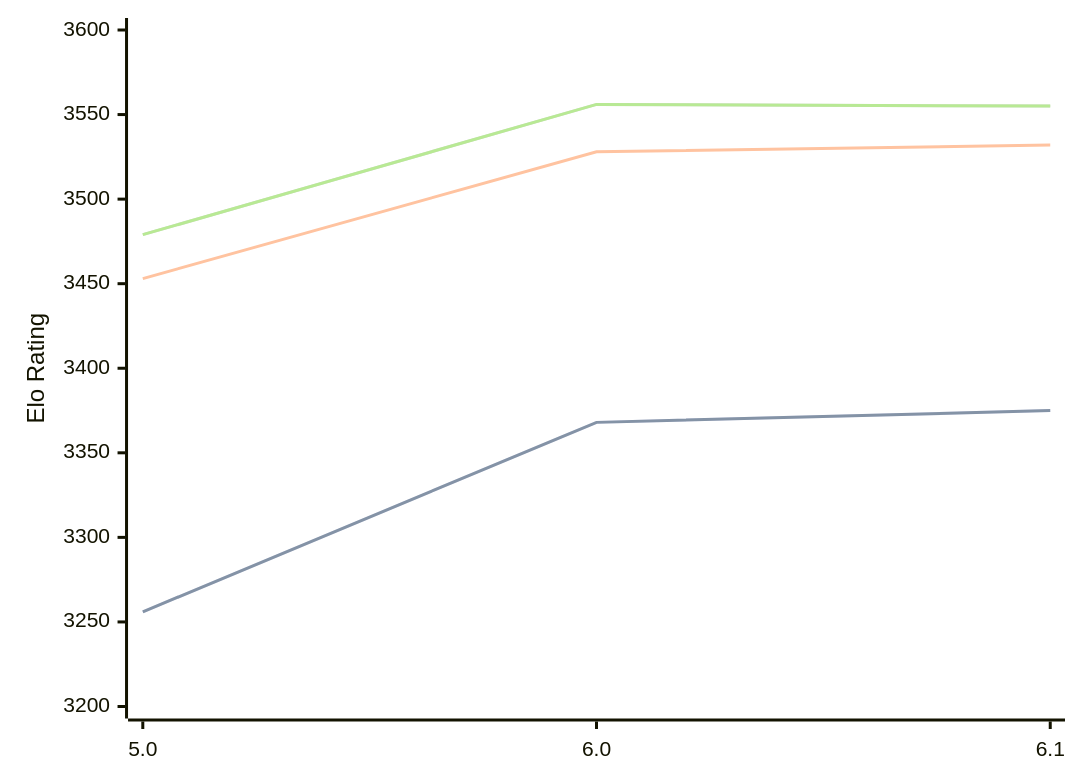
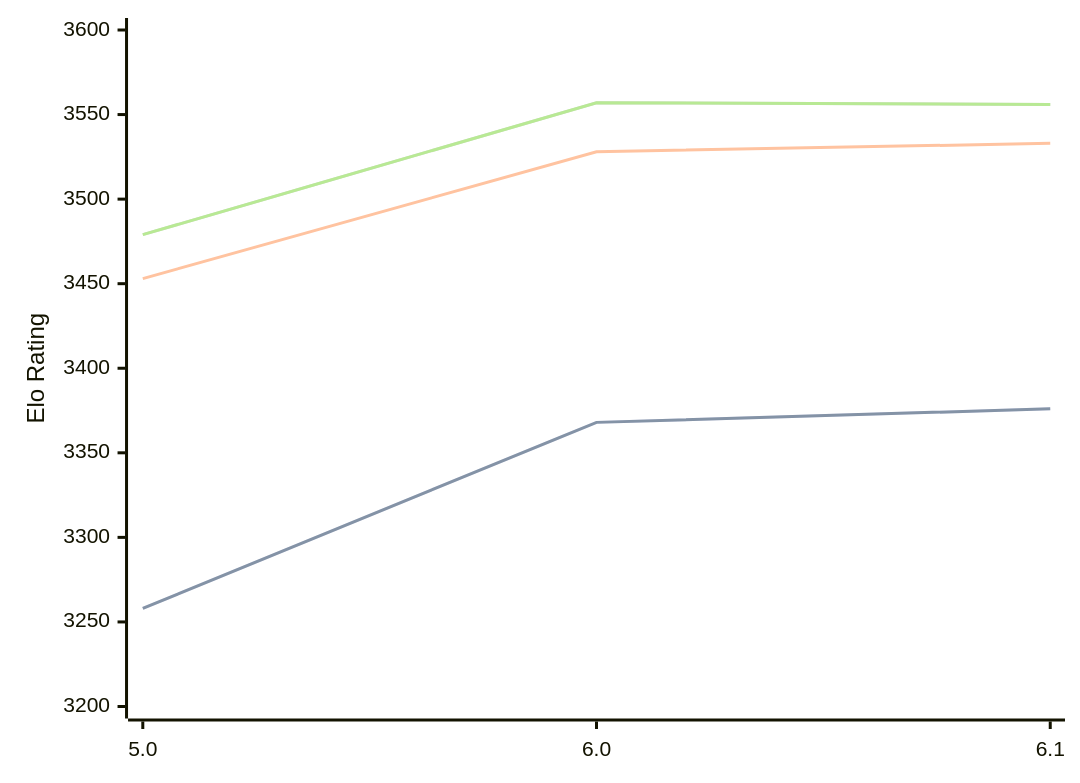
Before and after one commit to computer-chess-index/cci: the diagram in engines/Starzix.md, drawn with Mermaid. The commit also changed other lines of this file, not shown here.

Commit message:
Update CCI Ratings (ELO VLTC) - 2026-05-04

````diff
--- a/engines/Starzix.md
+++ b/engines/Starzix.md
@@ -37,11 +37,11 @@
 ```mermaid
 %%{init: {"theme":"base","themeVariables":{"seriesColors:['#a3a3a3','#222221','#faa371']}}}%%
 xychart-beta
   x-axis ["5.0", "6.0", "6.1"]
   y-axis "Elo Rating" 3200 --> 3600
-  line "STC (8.0+0.08s)" [3256, 3368, 3375]
-  line "STC (8.0+0.08s)" [3256, 3368, 3375]
-  line "LTC (60.0+0.60s)" [3453, 3528, 3532]
-  line "VLTC (2m24s+1.12s)" [3479, 3556, 3555]
-  line "VLTC (2m24s+1.12s)" [3479, 3556, 3555]
+  line "STC (8.0+0.08s)" [3258, 3368, 3376]
+  line "STC (8.0+0.08s)" [3258, 3368, 3376]
+  line "LTC (60.0+0.60s)" [3453, 3528, 3533]
+  line "VLTC (2m24s+1.12s)" [3479, 3557, 3556]
+  line "VLTC (2m24s+1.12s)" [3479, 3557, 3556]
 ```
````
